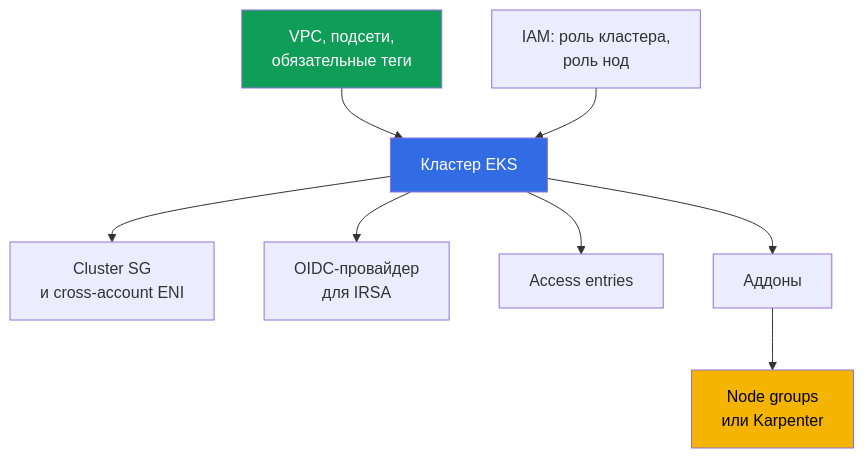
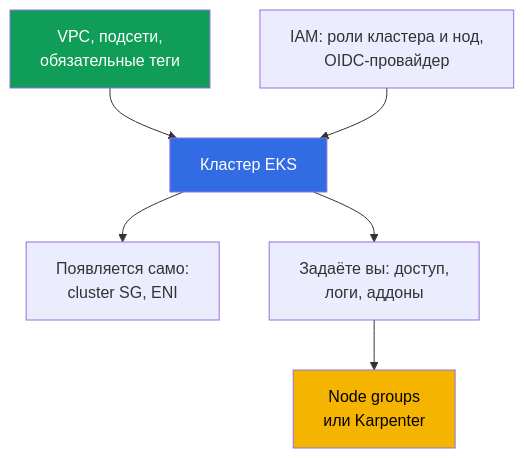
Before and after one commit to ViktorUJ/cks: the first of 2 diagrams in tasks/eks/course/04/ru.md, drawn with Mermaid. The commit also changed other lines of this file and 52 other files, not shown here.

````diff
--- a/tasks/eks/course/04/ru.md
+++ b/tasks/eks/course/04/ru.md
@@ -33,21 +33,11 @@
 ```mermaid
 flowchart TB
-    net["VPC, подсети,<br>обязательные теги"]
-    iam["IAM: роль кластера,<br>роль нод"]
-    cl["Кластер EKS"]
-    sg["Cluster SG<br>и cross-account ENI"]
-    oidc["OIDC-провайдер<br>для IRSA"]
-    acc["Access entries"]
-    add["Аддоны"]
-    nodes["Node groups<br>или Karpenter"]
-    net --> cl
-    iam --> cl
-    cl --> sg
-    cl --> oidc
-    cl --> acc
-    cl --> add
-    add --> nodes
+    net["VPC, подсети,<br/>обязательные теги"] --> cl["Кластер EKS"]
+    iam["IAM: роли кластера и нод,<br/>OIDC-провайдер"] --> cl
+    cl --> auto["Появляется само:<br/>cluster SG, ENI"]
+    cl --> you["Задаёте вы: доступ,<br/>логи, аддоны"]
+    you --> nodes["Node groups<br/>или Karpenter"]
     style cl fill:#326ce5,color:#fff
     style net fill:#0f9d58,color:#fff
     style nodes fill:#f4b400,color:#000
 ```
````
